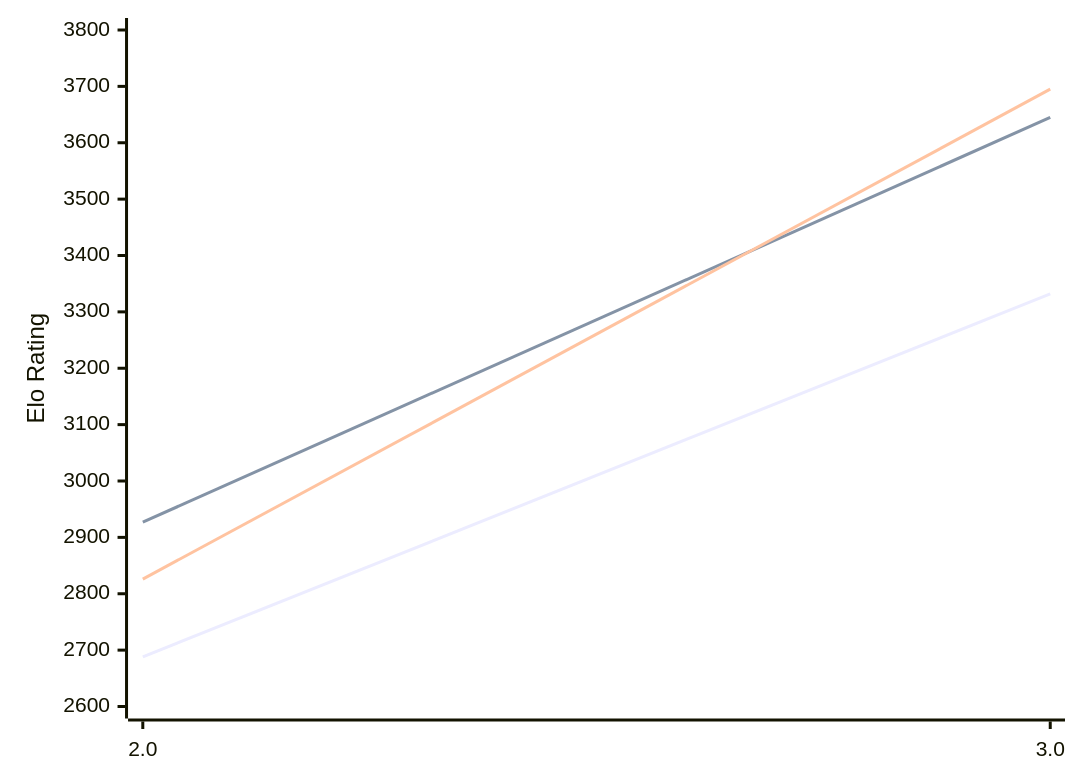
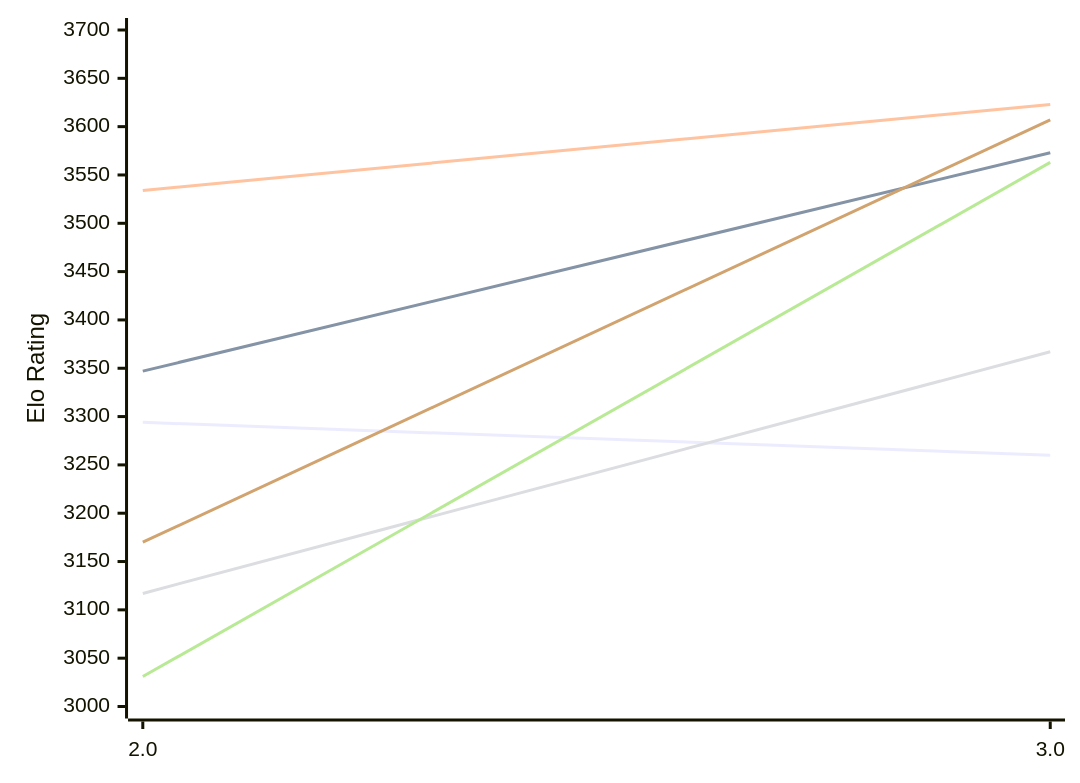
One commit to computer-chess-index/cci changed the first of 2 diagrams in engines/Quanticade.md. Above: the diagram before and after it, drawn with Mermaid. The commit also changed other lines of this file, not shown here.

Commit message:
Update CCI Ratings (ELO VLTC) - 2026-11-13

````diff
--- a/engines/Quanticade.md
+++ b/engines/Quanticade.md
@@ -50,12 +50,12 @@
 ```mermaid
 %%{init: {"theme":"base","themeVariables":{"seriesColors:['#a3a3a3','#222221','#faa371']}}}%%
 xychart-beta
   x-axis ["2.0", "3.0"]
-  y-axis "Elo Rating" 2600 --> 3800
-  line "E1: STC (8.0+0.08s)" [2688, 3332]
-  line "E1: LTC (60.0+0.60s)" [2927, 3645]
-  line "E1: VLTC (2m24s+1.12s)" [2826, 3695]
-  line "P1: STC (8.0+0.08s)" [3534]
-  line "P1: LTC (60.0+0.60s)" [3730]
-  line "P1: VLTC (2m24s+1.12s)" [3775]
+  y-axis "Elo Rating" 3000 --> 3700
+  line "E1: STC (8.0+0.08s)" [3294, 3260]
+  line "E1: LTC (60.0+0.60s)" [3347, 3573]
+  line "E1: VLTC (2m24s+1.12s)" [3534, 3623]
+  line "P1: STC (8.0+0.08s)" [3117, 3367]
+  line "P1: LTC (60.0+0.60s)" [3031, 3563]
+  line "P1: VLTC (2m24s+1.12s)" [3170, 3607]
 ```
````
